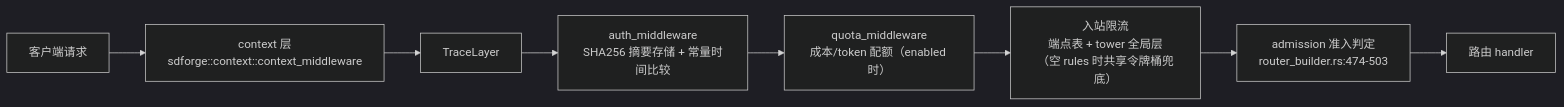
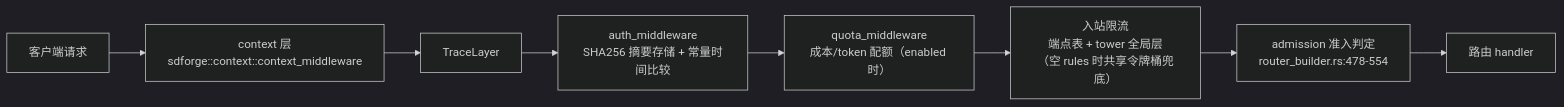
The eighth of 9 diagrams in docs/ARCHITECTURE.md (Kirky-X/fluxgate), drawn with Mermaid (dark theme) before and after one commit. The commit also changed other lines of this file and 8 other files, not shown here.

````diff
--- a/docs/ARCHITECTURE.md
+++ b/docs/ARCHITECTURE.md
@@ -502,10 +512,10 @@
 ```mermaid
 flowchart LR
     A["客户端请求"] --> CTX["context 层<br/>sdforge::context::context_middleware"]
     CTX --> T["TraceLayer"]
     T --> AUTH["auth_middleware<br/>SHA256 摘要存储 + 常量时间比较"]
     AUTH --> Q["quota_middleware<br/>成本/token 配额（enabled 时）"]
     Q --> RL["入站限流<br/>端点表 + tower 全局层<br/>（空 rules 时共享令牌桶兜底）"]
-    RL --> ADM["admission 准入判定<br/>router_builder.rs:474-503"]
+    RL --> ADM["admission 准入判定<br/>router_builder.rs:478-554"]
     ADM --> H["路由 handler"]
 ```
````
